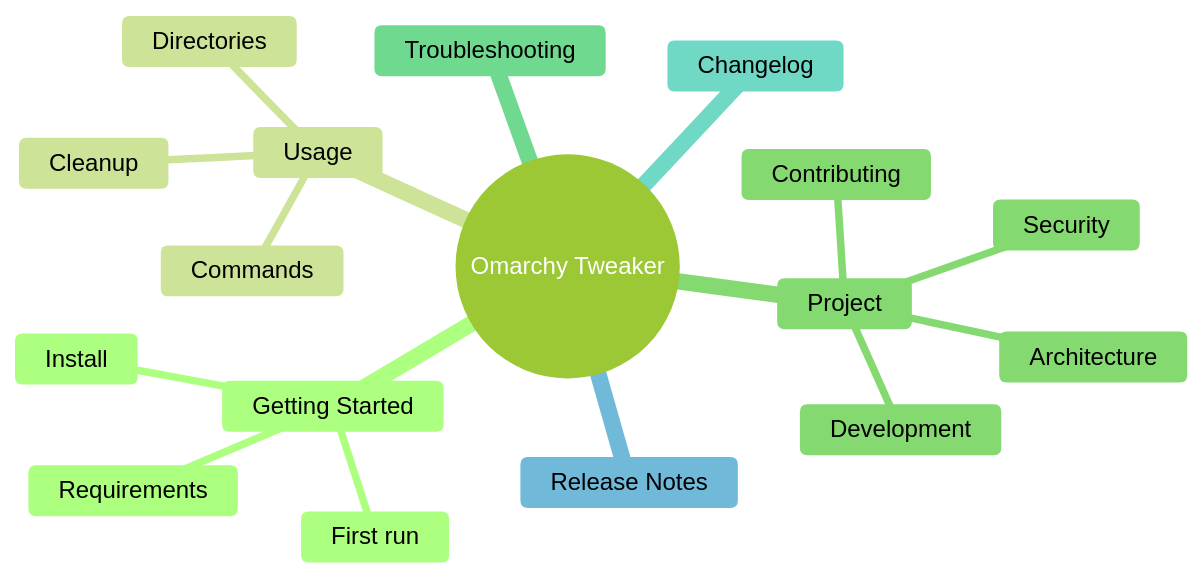
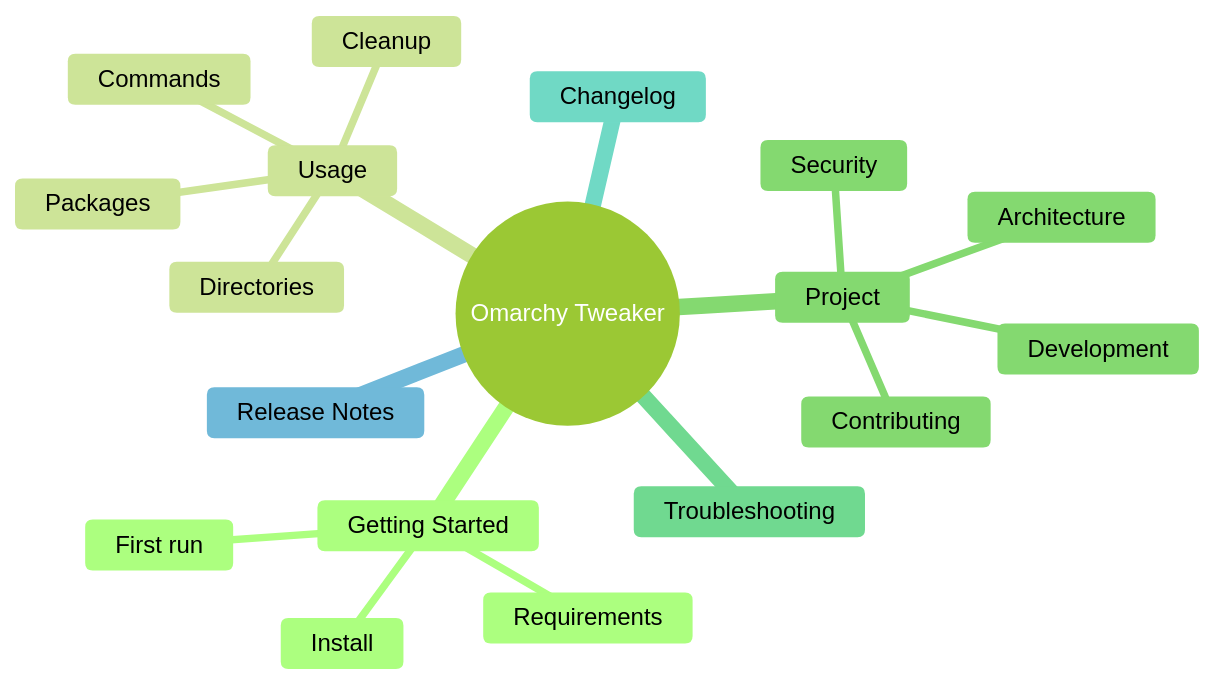
One commit to Armoghans-Organization/Omarchy-Tweaker changed the third of 3 diagrams in docs/index.md. Above: the diagram before and after it, drawn with Mermaid (forest theme). The commit also changed other lines of this file and 19 other files, not shown here.

````diff
--- a/docs/index.md
+++ b/docs/index.md
@@ -210,20 +218,21 @@
 ```mermaid
 mindmap
   root((Omarchy Tweaker))
     Getting Started
       Requirements
       Install
       First run
     Usage
       Commands
+      Packages
       Cleanup
       Directories
     Project
       Architecture
       Development
       Contributing
       Security
     Troubleshooting
     Changelog
     Release Notes
 ```
````
